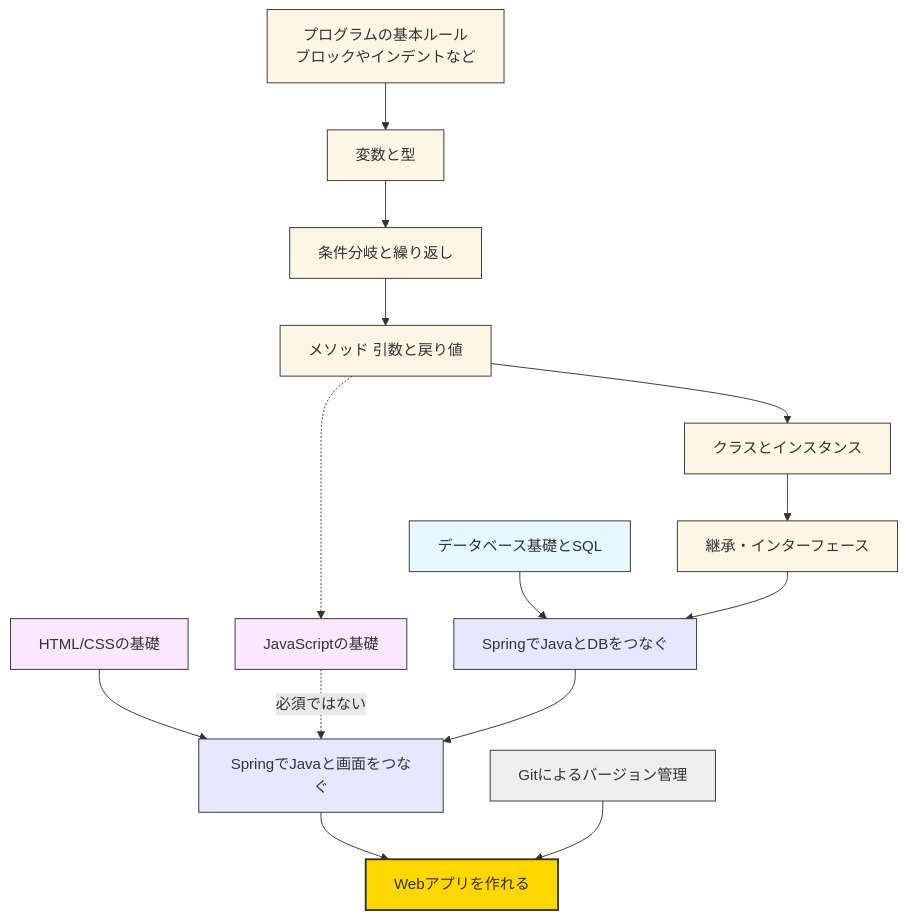
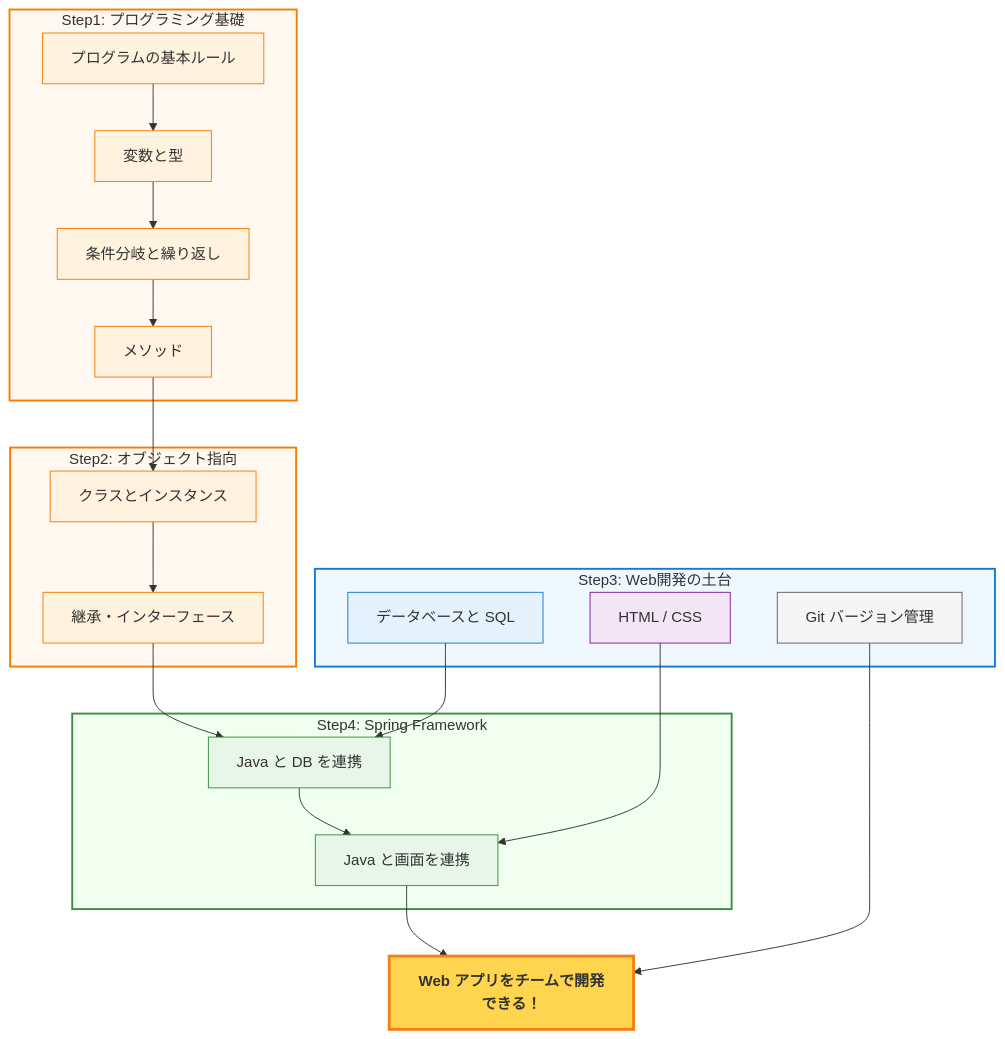
One commit to hash52/programming-bootcamp changed the diagram in docs/docs/roadmap.md. Above: the diagram before and after it, drawn with Mermaid. The commit also changed other lines of this file and 34 other files, not shown here.

````diff
--- a/docs/docs/roadmap.md
+++ b/docs/docs/roadmap.md
@@ -23,41 +24,43 @@
 ```mermaid
 flowchart TD
+    subgraph step1 ["Step1: プログラミング基礎"]
+        A["プログラムの基本ルール"]:::java --> B["変数と型"]:::java
+        B --> C["条件分岐と繰り返し"]:::java
+        C --> D["メソッド"]:::java
+    end
 
-    %% ゴール
-    Z[Webアプリを作れる]:::goal
+    subgraph step2 ["Step2: オブジェクト指向"]
+        E["クラスとインスタンス"]:::java --> F["継承・インターフェース"]:::java
+    end
 
-    %% Java基礎
-    A[プログラムの基本ルール<br>ブロックやインデントなど]:::basic --> B[変数と型]:::basic
-    B --> C[条件分岐と繰り返し]:::basic
-    C --> D[メソッド 引数と戻り値]:::basic
+    subgraph step3 ["Step3: Web開発の土台"]
+        G["データベースと SQL"]:::db
+        I["HTML / CSS"]:::web
+        L["Git バージョン管理"]:::tool
+    end
 
-    %% オブジェクト指向
-    D --> E[クラスとインスタンス]:::basic
-    E --> F[継承・インターフェース]:::basic
+    subgraph step4 ["Step4: Spring Framework"]
+        J["Java と DB を連携"]:::spring --> K["Java と画面を連携"]:::spring
+    end
 
-    %% データベース（独立）
-    G[データベース基礎とSQL]:::db --> J[SpringでJavaとDBをつなぐ]:::spring
+    GOAL["Web アプリをチームで開発できる！"]:::goal
 
-    %% Web基礎（HTML/CSSを独立）
-    I[HTML/CSSの基礎]:::web --> K["Springで画面とJavaをつなぐ"]:::spring
+    D --> E
+    F --> J
+    G --> J
+    I --> K
+    K --> GOAL
+    L --> GOAL
 
-    %% JavaScript基礎（メソッドから生やす）
-    D -..-> H[JavaScriptの基礎]:::web
-    H -. "必須ではない" .-> K["SpringでJavaと画面をつなぐ"]:::spring
+    style step1 fill:#fff8f0,stroke:#F57C00,stroke-width:2px,color:#333
+    style step2 fill:#fff8f0,stroke:#F57C00,stroke-width:2px,color:#333
+    style step3 fill:#f0f8ff,stroke:#1976D2,stroke-width:2px,color:#333
+    style step4 fill:#f0fff0,stroke:#388E3C,stroke-width:2px,color:#333
 
-    %% Spring
-    F --> J
-    J --> K
-    K --> Z
-
-    %% Gitは横断
-    L[Gitによるバージョン管理]:::tool --> Z
-
-    %% スタイル
-    classDef basic fill:#fdf5e6,stroke:#333,stroke-width:1px;
-    classDef db fill:#e6f7ff,stroke:#333,stroke-width:1px;
-    classDef web fill:#f9e6ff,stroke:#333,stroke-width:1px;
-    classDef spring fill:#e6e6ff,stroke:#333,stroke-width:1px;
-    classDef tool fill:#eeeeee,stroke:#333,stroke-width:1px;
-    classDef goal fill:#ffd700,stroke:#333,stroke-width:2px;
+    classDef java fill:#FFF3E0,stroke:#F57C00,stroke-width:1px,color:#333
+    classDef db fill:#E3F2FD,stroke:#1976D2,stroke-width:1px,color:#333
+    classDef web fill:#F3E5F5,stroke:#7B1FA2,stroke-width:1px,color:#333
+    classDef spring fill:#E8F5E9,stroke:#388E3C,stroke-width:1px,color:#333
+    classDef tool fill:#F5F5F5,stroke:#616161,stroke-width:1px,color:#333
+    classDef goal fill:#FFD54F,stroke:#F57F17,stroke-width:3px,font-weight:bold,color:#333
 ```
````
